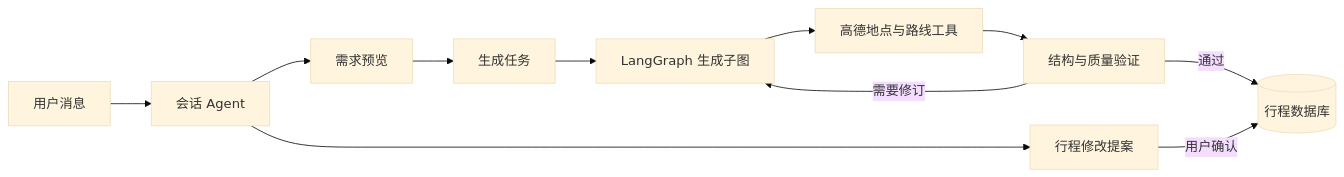
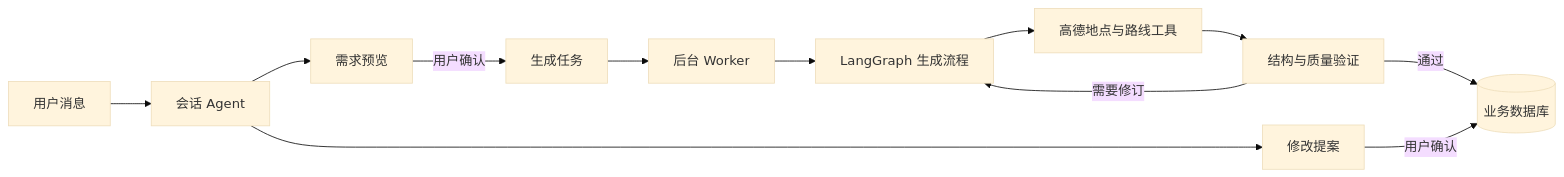
Before and after one commit to chosuicide/travelmind: the diagram in README.md, drawn with Mermaid (base theme). The commit also changed other lines of this file, not shown here.

````diff
--- a/README.md
+++ b/README.md
@@ -30,13 +60,14 @@
 ```mermaid
 flowchart LR
     U[用户消息] --> C[会话 Agent]
     C --> P[需求预览]
-    C --> M[行程修改提案]
-    P --> G[生成任务]
-    G --> L[LangGraph 生成子图]
-    L --> A[高德地点与路线工具]
-    A --> V[结构与质量验证]
+    C --> M[修改提案]
+    P -->|用户确认| Q[生成任务]
+    Q --> W[后台 Worker]
+    W --> L[LangGraph 生成流程]
+    L --> T[高德地点与路线工具]
+    T --> V[结构与质量验证]
     V -->|需要修订| L
-    V -->|通过| D[(行程数据库)]
+    V -->|通过| D[(业务数据库)]
     M -->|用户确认| D
 ```
````
